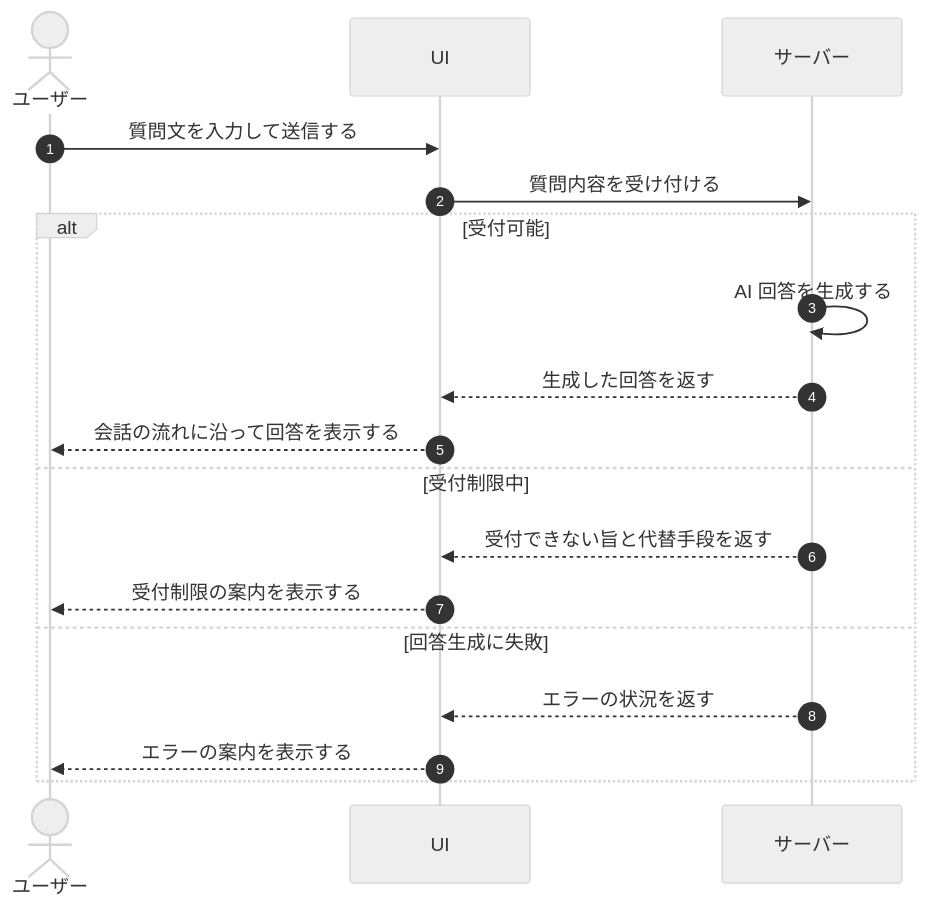
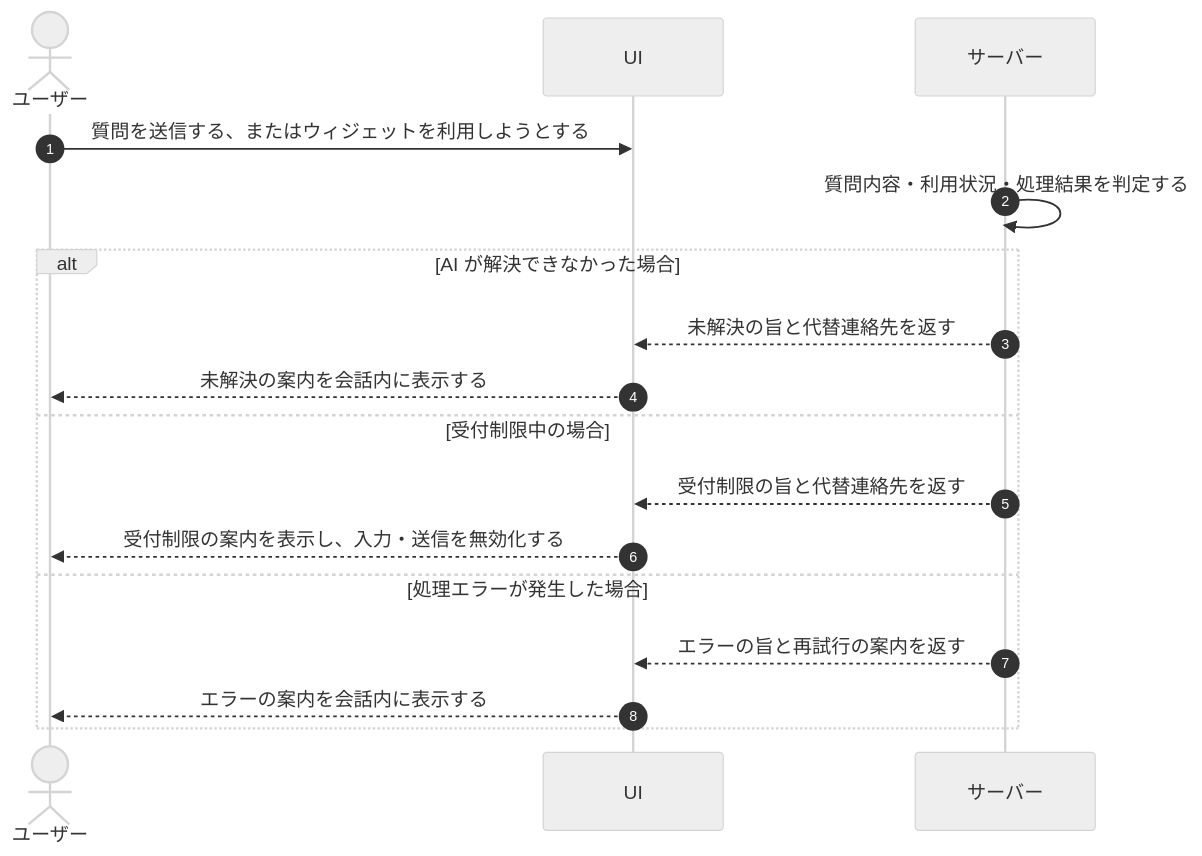
Before and after one commit to sikakou54/open-faq: the diagram in 01_requirements/04_business_usecases/UC-042.md, drawn with Mermaid (neutral theme). The commit also changed other lines of this file and 395 other files, not shown here.

````diff
--- a/01_requirements/04_business_usecases/UC-042.md
+++ b/01_requirements/04_business_usecases/UC-042.md
@@ -26,20 +26,19 @@
 ```mermaid
 sequenceDiagram
   autonumber
   actor U as ユーザー
   participant UI as UI
   participant S as サーバー
-  U->>UI: 質問文を入力して送信する
-  UI->>S: 質問内容を受け付ける
-  alt 受付可能
-    S->>S: AI 回答を生成する
-    S-->>UI: 生成した回答を返す
-    UI-->>U: 会話の流れに沿って回答を表示する
-  else 受付制限中
-    S-->>UI: 受付できない旨と代替手段を返す
-    UI-->>U: 受付制限の案内を表示する
-  else 回答生成に失敗
-    S-->>UI: エラーの状況を返す
-    UI-->>U: エラーの案内を表示する
+  U->>UI: 質問を送信する、またはウィジェットを利用しようとする
+  S->>S: 質問内容・利用状況・処理結果を判定する
+  alt AI が解決できなかった場合
+    S-->>UI: 未解決の旨と代替連絡先を返す
+    UI-->>U: 未解決の案内を会話内に表示する
+  else 受付制限中の場合
+    S-->>UI: 受付制限の旨と代替連絡先を返す
+    UI-->>U: 受付制限の案内を表示し、入力・送信を無効化する
+  else 処理エラーが発生した場合
+    S-->>UI: エラーの旨と再試行の案内を返す
+    UI-->>U: エラーの案内を会話内に表示する
   end
 ```
````
